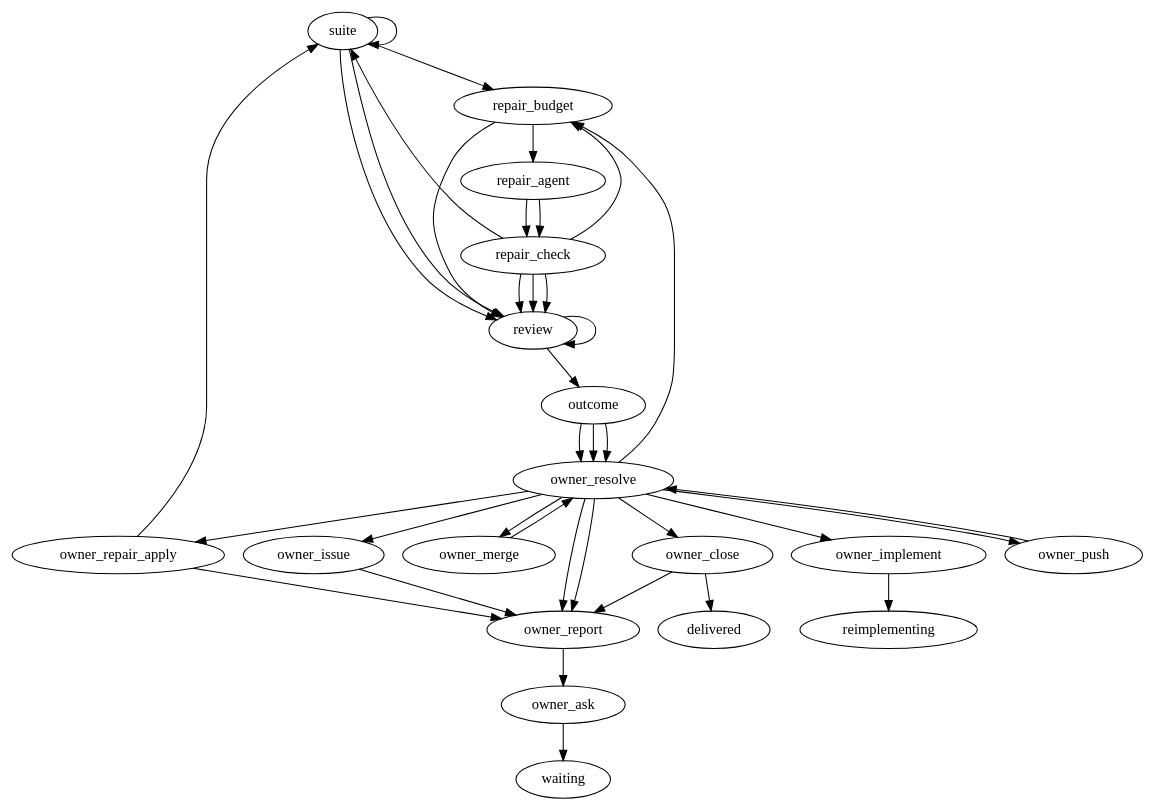
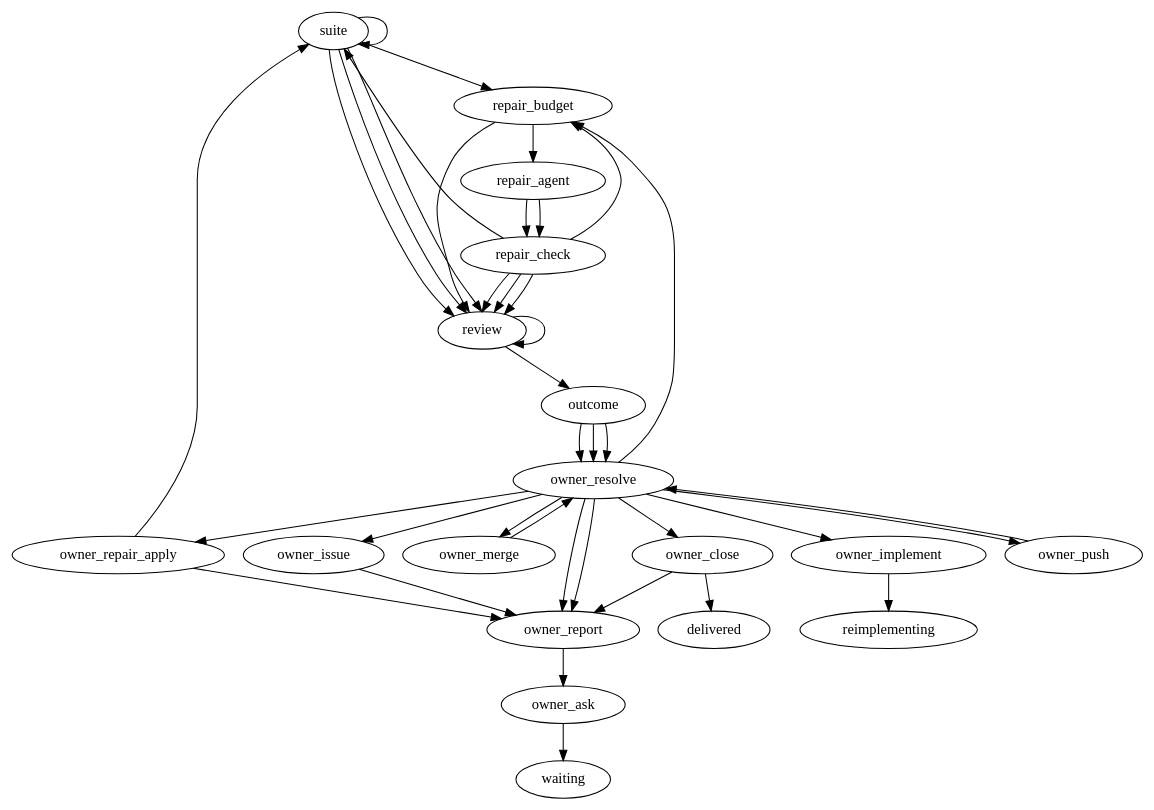
The diagram in teams/source/base-team/validate/validate.dot (marioatcloudvane/litefactory), drawn with Graphviz before and after one commit. The commit also changed 50 other files, not shown here.

```diff
--- a/teams/source/base-team/validate/validate.dot
+++ b/teams/source/base-team/validate/validate.dot
@@ -1,145 +1,146 @@
 // Validate checks the code a story branch holds. The factory first runs the full
-// suite on one exact commit. A passed suite goes straight to review. A failed
+// suite coverage on one exact commit. Passing or completely covered work goes to review. A failed
 // suite gets at most two repair rounds from one write-access agent; the factory
 // measures what the agent really changed, keeps a small change as a new commit
 // and runs the suite on it again. Flagged and handback candidates are retained
 // completely before reset for exact owner review; they are not adopted automatically. Three
 // read-only reviewers then assess the final tested commit side by side. The run
 // ends in one of three ends: assessed, handed back to Implement, or blocked.
 //
 // This file is the only place the flow lives. Order, branches, the repair bound,
 // the time budget, the measured limits and the reviewers are all declared here.
 // Go supplies steps; it never picks the next step.
 //
 // After the outcome the owner side begins. The run resolves the owner's reply,
 // refreshes the one report comment and waits for the owner through the existing
 // graph wait; the owner's reply re-enters the resolve step. Every remote effect
 // (follow-up issue, push with pull request, merge, close) is its own step and is
 // reached only from the owner's own command, so one confirmation never implies
 // the next, except the explicit /validate-ship: push and merge return to the
 // resolve step, which carries a ship command on push -> merge -> close until a
 // step fails or delivery ends, and returns to the owner wait after any other
 // command. The run succeeds only after the close step has closed the accepted
 // issues, and the resolve loop is bounded by its lf_limit.
 //
 // The owner may instead send the blocking findings back to Implement with
 // /validate-implement. The implement step reopens every merged story with a
 // blocking finding on the same feature branch, gives each story worker its
 // findings as owner guidance, and starts the parent's Implement coordinator
 // once. The run then ends reimplementing; Validate runs again on the new head
 // when Implement finishes.
 //
 // The owner may choose repair for a finding. Once every blocking finding of the
 // tested commit has a choice, the repair reply starts one repair round for all
 // findings chosen for repair, through the same repair nodes and within the same
 // two-round bound as a failed suite. A kept repair is a new commit, so the suite
 // and the reviewers run again on it; a rejected or spent repair returns to the
 // owner report with its reason. Pending owner checks do not hold the round back.
 //
 // The repair bound is two rounds. Every round is counted from the moment it
 // starts, so a round that times out or is interrupted is used. The time budget
 // is in agent minutes and does not include the time the suite runs. The limits
 // of one repair are the number of files and the kinds of change that are not
 // allowed: package layout, dependencies, schema, public API, a deleted or
 // skipped test and a changed acceptance criterion.
 //
 // Every path to an end passes through review, so a failed or blocked suite still
 // gets static findings. The outcome step decides the end from the recorded
 // facts: a passed suite ends assessed, a suite that still fails ends handed back
 // with what Implement must change, and a suite that could not give a trustworthy
 // answer ends blocked with its reason. Nothing here accepts or approves.
 digraph validate {
  graph [team="{{team}}", mode="validate", profile_version="1", start="suite"];
 
  // ---- Test the commit ---------------------------------------------------------
- // A finished result for the commit is reused as it is. The suite runs again
- // only on a new commit made by a kept repair.
- suite [lf_action="lf_validate_suite", lf_outcomes="passed,failed,blocked,retry", lf_limit="16"];
+ // Each source request replays its own generation. Compatible automatic runs
+ // inherit unaffected coverage; an explicit full request executes afresh.
+ suite [lf_action="lf_validate_suite", lf_outcomes="passed,covered,failed,blocked,retry", lf_coverage="v1", lf_limit="16"];
 
  // ---- Repair loop (at most two rounds) ---------------------------------------
  repair_budget [lf_action="lf_validate_repair_budget", lf_outcomes="run,spent", lf_rounds="2", lf_suite="suite", lf_limit="6"];
  repair_agent  [lf_action="lf_agent", lf_outcomes="success,failed", lf_agent_markdown="validate-repair", lf_skills="validate-repair-report,{{stack_skill}}", lf_access="write", lf_budget="15", lf_limit="2"];
  repair_check  [lf_action="lf_validate_repair_check", lf_outcomes="kept,too_big,handback,unfinished,blocked", lf_max_files="3", lf_forbid="package,dependency,schema,api,tests,criteria", lf_source="repair_agent", lf_suite="suite", lf_limit="4"];
 
  // ---- Review the final tested commit (read-only, side by side) ----------------
  review [lf_action="lf_validate_review", lf_outcomes="done,retry", lf_roles="validate-acceptance,validate-code,validate-architecture", lf_standards="validate-architecture", lf_skills="validate-review,{{stack_skill}}", lf_suite="suite", lf_limit="32"];
 
  // ---- Join the findings and record the end -------------------------------------
  // It is reached once for the first end and once more after each owner repair
  // round and after a spent repair budget; on an unchanged commit it reuses the
  // recorded end.
  outcome [lf_action="lf_validate_outcome", lf_outcomes="assessed,handed_back,blocked", lf_suite="suite", lf_limit="4"];
 
  // ---- Owner resolution ----------------------------------------------------------
  // The loop limit is lf_limit on resolve. When it runs out the run stops and
  // nothing is approved, because every effect needs a command inside the loop.
  owner_resolve [lf_action="lf_validate_resolve", lf_outcomes="wait,create_issue,push,merge,close,implement,stale,repair,apply_repair", lf_suite="suite", lf_limit="24"];
  owner_report  [lf_action="lf_validate_report", lf_outcomes="done", lf_limit="64"];
  owner_ask     [lf_action="lf_validate_ask", lf_outcomes="published", lf_source="owner_resolve", lf_limit="32"];
  owner_issue   [lf_action="lf_validate_issue", lf_outcomes="done", lf_limit="24"];
  owner_push    [lf_action="lf_validate_push", lf_outcomes="done", lf_limit="8"];
  owner_merge   [lf_action="lf_validate_merge", lf_outcomes="done", lf_limit="8"];
  owner_close   [lf_action="lf_validate_close", lf_outcomes="closed,open", lf_limit="8"];
  owner_implement [lf_action="lf_validate_implement", lf_outcomes="started", lf_suite="suite", lf_limit="4"];
 
  // Exact owner adoption returns through the suite and all reviewers.
  owner_repair_apply [lf_action="lf_validate_repair_apply", lf_outcomes="applied,blocked", lf_limit="4"];
 
  // ---- Ends ------------------------------------------------------------------------
  // waiting rests on the owner; delivered is reached only from a closed close;
  // reimplementing hands the findings back to Implement.
  waiting        [lf_terminal="true"];
  delivered      [lf_terminal="true"];
  reimplementing [lf_terminal="true"];
 
  // A passed suite needs no repair; a blocked one is not a code failure, so it is
  // not repaired either. A failed suite starts a repair round.
  suite -> review        [lf_on="passed"];
+ suite -> review        [lf_on="covered"];
  suite -> repair_budget [lf_on="failed"];
  suite -> review        [lf_on="blocked"];
  suite -> suite         [lf_on="retry"];
 
  // One round: start it (this settles any round a restart left behind), run the
  // agent, measure the real change. A kept change is a new commit and is tested
  // again. A change that is too big, a diagnosis that is a handback and a round
  // that cannot be measured go to review. A round that did not finish, such as a
  // timeout, is used up; the budget decides whether another round may start.
  repair_budget -> repair_agent  [lf_on="run"];
  repair_budget -> review        [lf_on="spent"];
  repair_agent  -> repair_check  [lf_on="success"];
  repair_agent  -> repair_check  [lf_on="failed"];
  repair_check  -> suite         [lf_on="kept"];
  repair_check  -> review        [lf_on="too_big"];
  repair_check  -> review        [lf_on="handback"];
  repair_check  -> repair_budget [lf_on="unfinished"];
  repair_check  -> review        [lf_on="blocked"];
 
  review  -> outcome [lf_on="done"];
  review  -> review  [lf_on="retry"];
 
  // Every end goes to the owner: an assessed run asks what to do with the
  // findings, a handed back or blocked one shows why and what is open.
  outcome -> owner_resolve [lf_on="assessed"];
  outcome -> owner_resolve [lf_on="handed_back"];
  outcome -> owner_resolve [lf_on="blocked"];
 
  owner_resolve -> owner_repair_apply [lf_on="apply_repair"];
  owner_repair_apply -> suite [lf_on="applied"];
  owner_repair_apply -> owner_report [lf_on="blocked"];
  owner_resolve -> owner_report       [lf_on="wait"];
  owner_resolve -> owner_report       [lf_on="stale"];
  owner_resolve -> owner_issue        [lf_on="create_issue"];
  owner_resolve -> repair_budget      [lf_on="repair"];
  owner_resolve -> owner_push         [lf_on="push"];
  owner_resolve -> owner_merge        [lf_on="merge"];
  owner_resolve -> owner_close        [lf_on="close"];
  owner_resolve -> owner_implement    [lf_on="implement"];
  owner_implement -> reimplementing   [lf_on="started"];
  owner_issue -> owner_report       [lf_on="done"];
  owner_push -> owner_resolve      [lf_on="done"];
  owner_merge -> owner_resolve      [lf_on="done"];
  owner_close -> delivered    [lf_on="closed"];
  owner_close -> owner_report       [lf_on="open"];
  owner_report -> owner_ask          [lf_on="done"];
  owner_ask -> waiting      [lf_on="published"];
 }
```
